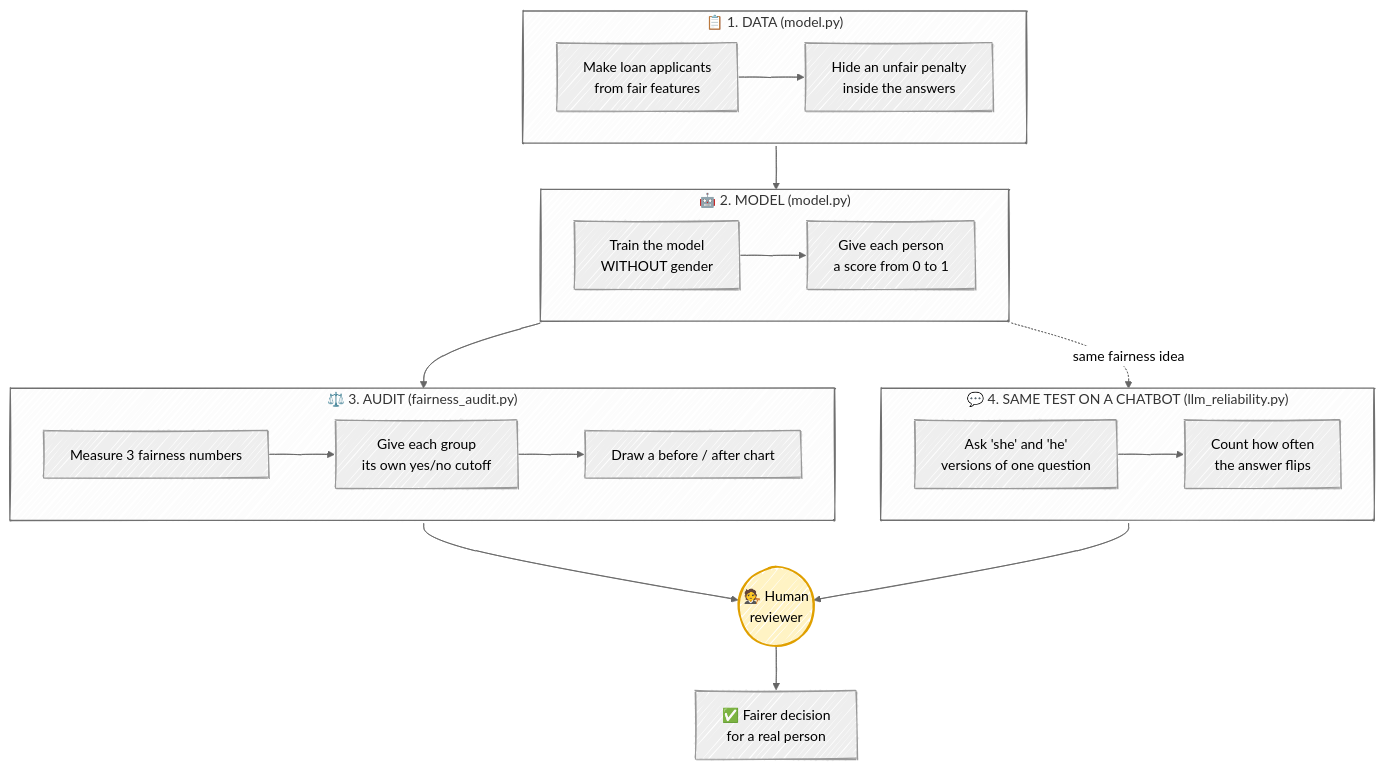
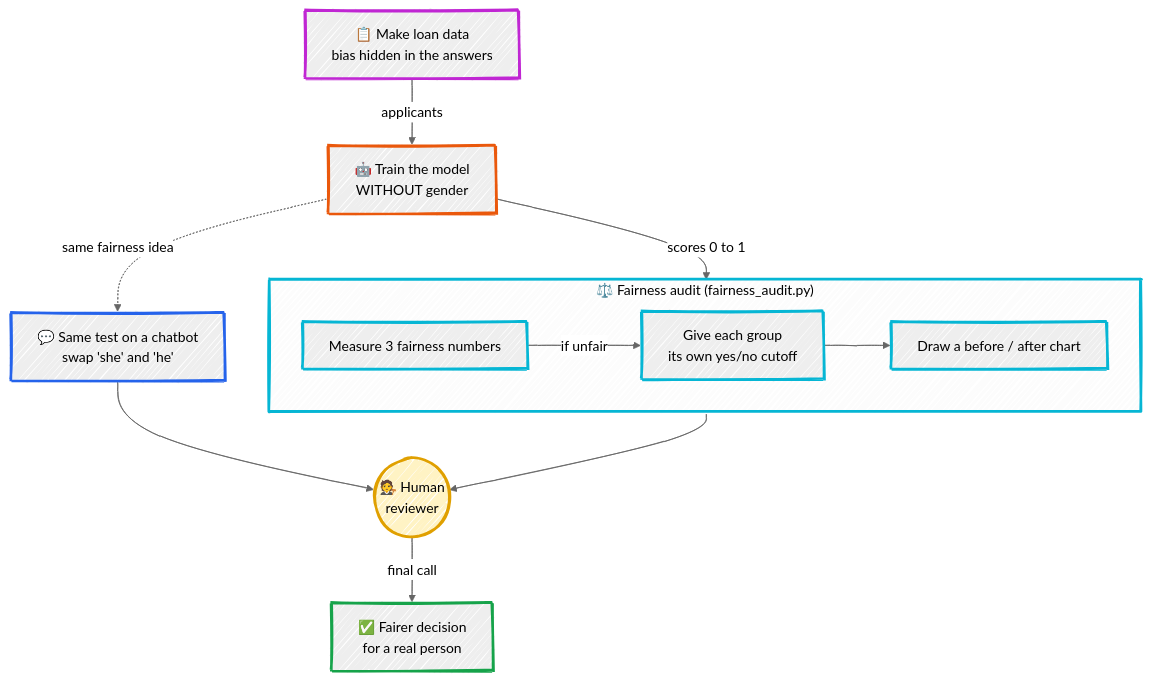
The diagram in README.md (rubak714/fairness-audit-ai), drawn with Mermaid before and after one commit.

Commit message:
docs: restyle workflow as a colored hand-drawn whiteboard with labeled arrows

````diff
--- a/README.md
+++ b/README.md
@@ -20,41 +20,43 @@
 ```mermaid
 ---
 config:
   look: handDrawn
   theme: neutral
 ---
 flowchart TB
-    subgraph DATA["📋 1. DATA  (model.py)"]
-        A["Make loan applicants<br/>from fair features"]
-        B["Hide an unfair penalty<br/>inside the answers"]
-        A --> B
-    end
+    A["📋 Make loan data<br/>bias hidden in the answers"]
+    B["🤖 Train the model<br/>WITHOUT gender"]
 
-    subgraph MODEL["🤖 2. MODEL  (model.py)"]
-        C["Train the model<br/>WITHOUT gender"]
-        D["Give each person<br/>a score from 0 to 1"]
-        C --> D
-    end
-
-    subgraph AUDIT["⚖️ 3. AUDIT  (fairness_audit.py)"]
+    subgraph AUDIT["⚖️ Fairness audit  (fairness_audit.py)"]
         E["Measure 3 fairness numbers"]
         F["Give each group<br/>its own yes/no cutoff"]
         G["Draw a before / after chart"]
-        E --> F --> G
+        E -->|"if unfair"| F --> G
     end
 
-    subgraph LLM["💬 4. SAME TEST ON A CHATBOT  (llm_reliability.py)"]
-        H["Ask 'she' and 'he'<br/>versions of one question"]
-        I["Count how often<br/>the answer flips"]
-        H --> I
-    end
+    H["💬 Same test on a chatbot<br/>swap 'she' and 'he'"]
+    J(("🧑‍⚖️ Human<br/>reviewer"))
+    K["✅ Fairer decision<br/>for a real person"]
 
-    DATA --> MODEL --> AUDIT
-    MODEL -. same fairness idea .-> LLM
-    AUDIT --> J(("🧑‍⚖️ Human<br/>reviewer"))
-    LLM --> J
-    J --> K["✅ Fairer decision<br/>for a real person"]
+    A -->|"applicants"| B
+    B -->|"scores 0 to 1"| AUDIT
+    B -. "same fairness idea" .-> H
+    AUDIT --> J
+    H --> J
+    J -->|"final call"| K
 
-    classDef human fill:#fff3c4,stroke:#e0a000,stroke-width:2px,color:#000;
+    classDef data stroke:#c026d3,stroke-width:3px,color:#000;
+    classDef model stroke:#ea580c,stroke-width:3px,color:#000;
+    classDef box stroke:#06b6d4,stroke-width:3px,color:#000;
+    classDef llm stroke:#2563eb,stroke-width:3px,color:#000;
+    classDef human fill:#fff3c4,stroke:#e0a000,stroke-width:3px,color:#000;
+    classDef good stroke:#16a34a,stroke-width:3px,color:#000;
+
+    class A data;
+    class B model;
+    class AUDIT box;
+    class E,F,G box;
+    class H llm;
     class J human;
+    class K good;
 ```
````
